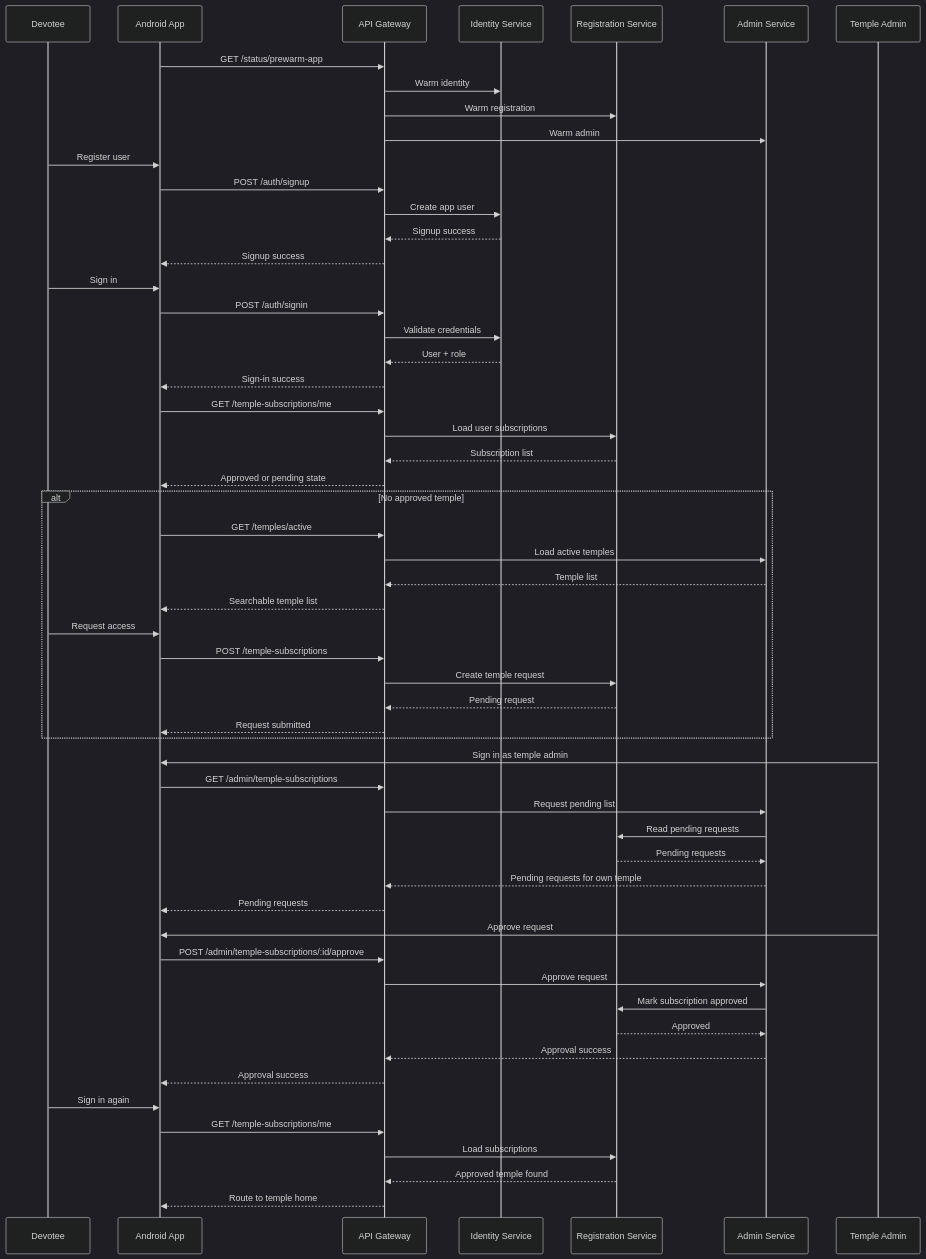
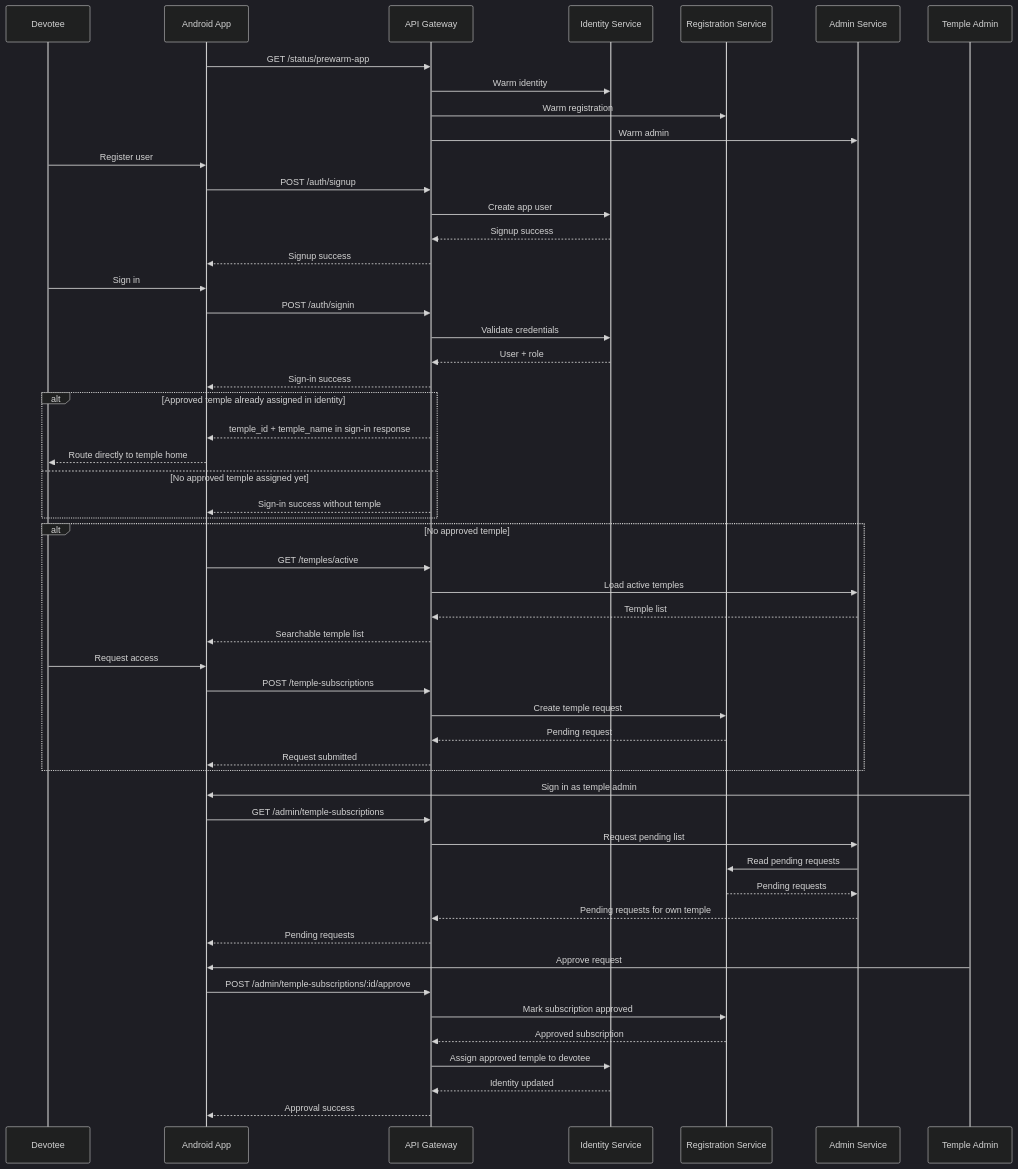
One commit to apoorv2009/temple-infra changed the second of 5 diagrams in docs/temple-app-phase1-fresh-architecture.md. Above: the diagram before and after it, drawn with Mermaid (dark theme). The commit also changed other lines of this file and 1 other file, not shown here.

Commit message:
docs: update login routing architecture

````diff
--- a/docs/temple-app-phase1-fresh-architecture.md
+++ b/docs/temple-app-phase1-fresh-architecture.md
@@ -178,66 +180,62 @@
 ```mermaid
 sequenceDiagram
     participant U as Devotee
     participant FE as Android App
     participant GW as API Gateway
     participant ID as Identity Service
     participant REG as Registration Service
     participant ADM as Admin Service
     participant TA as Temple Admin
 
     FE->>GW: GET /status/prewarm-app
     GW->>ID: Warm identity
     GW->>REG: Warm registration
     GW->>ADM: Warm admin
 
     U->>FE: Register user
     FE->>GW: POST /auth/signup
     GW->>ID: Create app user
     ID-->>GW: Signup success
     GW-->>FE: Signup success
 
     U->>FE: Sign in
     FE->>GW: POST /auth/signin
     GW->>ID: Validate credentials
     ID-->>GW: User + role
     GW-->>FE: Sign-in success
 
-    FE->>GW: GET /temple-subscriptions/me
-    GW->>REG: Load user subscriptions
-    REG-->>GW: Subscription list
-    GW-->>FE: Approved or pending state
+    alt Approved temple already assigned in identity
+        GW-->>FE: temple_id + temple_name in sign-in response
+        FE-->>U: Route directly to temple home
+    else No approved temple assigned yet
+        GW-->>FE: Sign-in success without temple
+    end
 
     alt No approved temple
         FE->>GW: GET /temples/active
         GW->>ADM: Load active temples
         ADM-->>GW: Temple list
         GW-->>FE: Searchable temple list
         U->>FE: Request access
         FE->>GW: POST /temple-subscriptions
         GW->>REG: Create temple request
         REG-->>GW: Pending request
         GW-->>FE: Request submitted
     end
 
     TA->>FE: Sign in as temple admin
     FE->>GW: GET /admin/temple-subscriptions
     GW->>ADM: Request pending list
     ADM->>REG: Read pending requests
     REG-->>ADM: Pending requests
     ADM-->>GW: Pending requests for own temple
     GW-->>FE: Pending requests
 
     TA->>FE: Approve request
     FE->>GW: POST /admin/temple-subscriptions/:id/approve
-    GW->>ADM: Approve request
-    ADM->>REG: Mark subscription approved
-    REG-->>ADM: Approved
-    ADM-->>GW: Approval success
+    GW->>REG: Mark subscription approved
+    REG-->>GW: Approved subscription
+    GW->>ID: Assign approved temple to devotee
+    ID-->>GW: Identity updated
     GW-->>FE: Approval success
-
-    U->>FE: Sign in again
-    FE->>GW: GET /temple-subscriptions/me
-    GW->>REG: Load subscriptions
-    REG-->>GW: Approved temple found
-    GW-->>FE: Route to temple home
 ```
````
